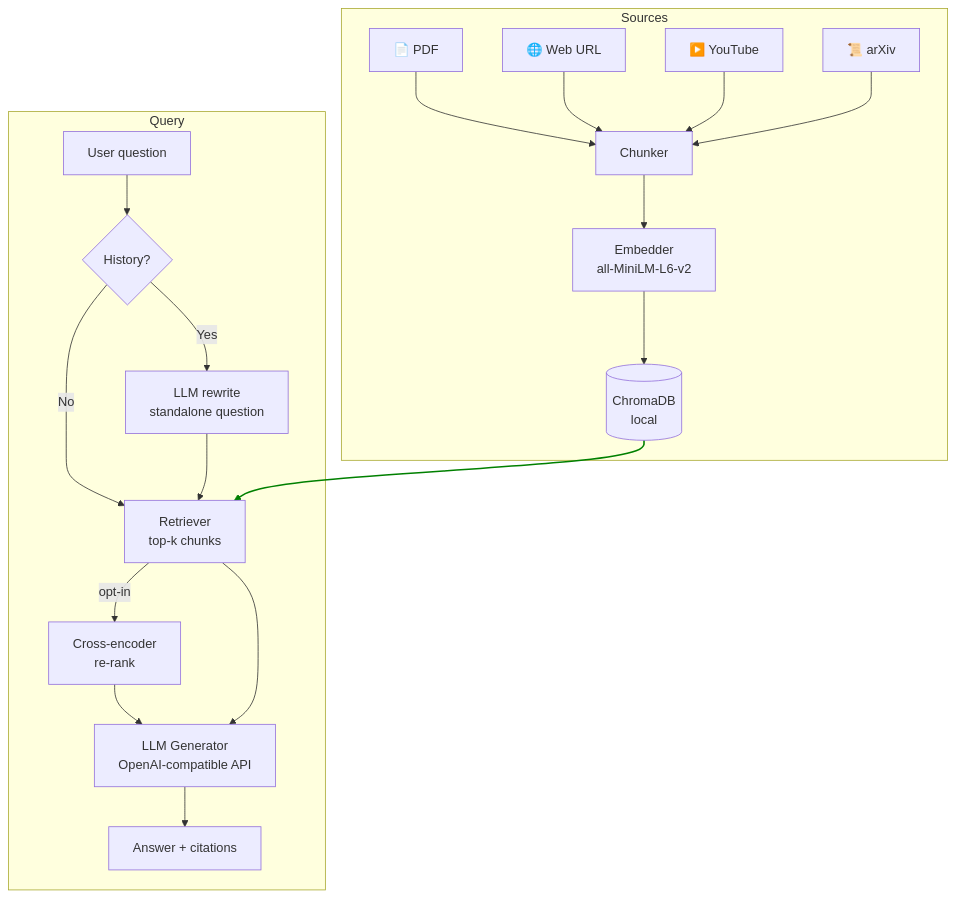
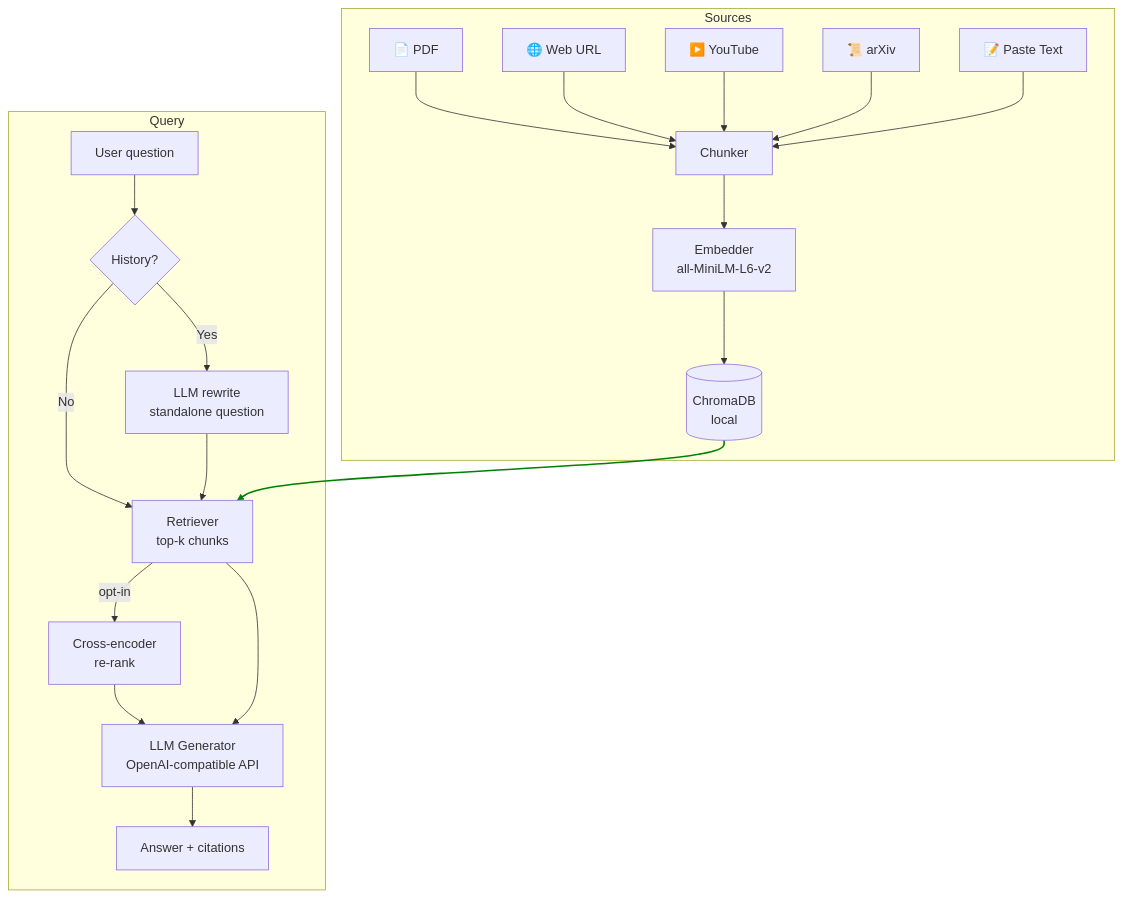
The diagram in README.md (farmand-bt/multi-source-conversational-rag), drawn with Mermaid before and after one commit. The commit also changed other lines of this file and 14 other files, not shown here.

````diff
--- a/README.md
+++ b/README.md
@@ -75,27 +76,28 @@
 ```mermaid
 flowchart TD
     subgraph Sources
         A[📄 PDF] --> C
         B[🌐 Web URL] --> C
         D[▶️ YouTube] --> C
         X[📜 arXiv] --> C
+        Y[📝 Paste Text] --> C
         C[Chunker] --> E[Embedder\nall-MiniLM-L6-v2]
         E --> F[(ChromaDB\nlocal)]
     end
 
     subgraph Query
         G[User question] --> H{History?}
         H -- Yes --> I[LLM rewrite\nstandalone question]
         H -- No --> J
         I --> J[Retriever\ntop-k chunks]
         J -- opt-in --> K[Cross-encoder\nre-rank]
         K --> L
         J --> L[LLM Generator\nOpenAI-compatible API]
         L --> M[Answer + citations]
     end
 
     F --> J
 
     %% Give the edge an id to style it
-    linkStyle 14 stroke:green,stroke-width:2px
+    linkStyle 15 stroke:green,stroke-width:2px
 ```
````
